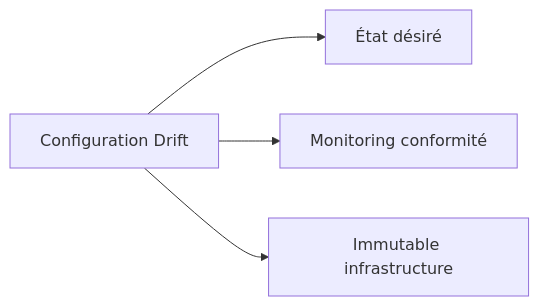
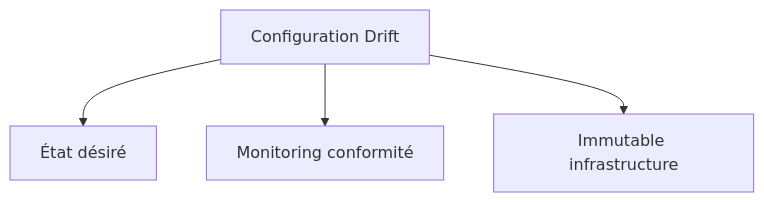
One commit to zyrass/omnydocs changed the eighth of 30 diagrams in docs/glossaire/devsecops.md. Above: the diagram before and after it, drawn with Mermaid. The commit also changed other lines of this file and 1780 other files, not shown here.

````diff
--- a/docs/glossaire/devsecops.md
+++ b/docs/glossaire/devsecops.md
@@ -168,6 +202,6 @@
-    ```mermaid
-    graph LR
-        A[Configuration Drift] --> B[État désiré]
-        A --> C[Monitoring conformité]
-        A --> D[Immutable infrastructure]
-    ```
+```mermaid
+graph TB
+    A[Configuration Drift] --> B[État désiré]
+    A --> C[Monitoring conformité]
+    A --> D[Immutable infrastructure]
+```
````
